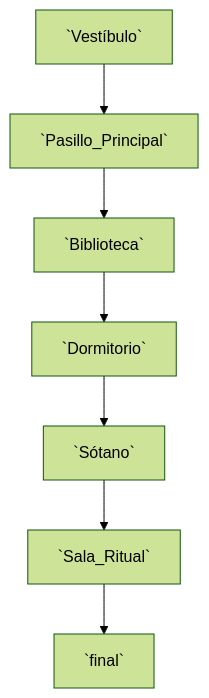
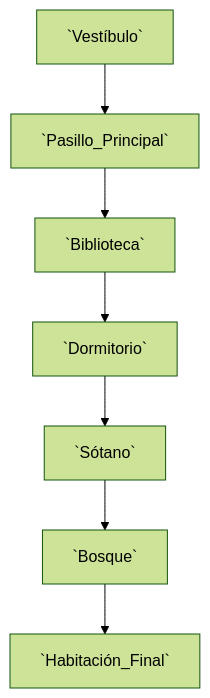
The diagram in Docs/01-Game-Design/Gameplay/Puzzle-Flow.md (LAS1819/gameoff2026-gamejam), drawn with Mermaid (forest theme) before and after one commit. The commit also changed other lines of this file and 22 other files, not shown here.

````diff
--- a/Docs/01-Game-Design/Gameplay/Puzzle-Flow.md
+++ b/Docs/01-Game-Design/Gameplay/Puzzle-Flow.md
@@ -252,9 +249,9 @@
 ```mermaid
 graph TD
     `Vestíbulo` --> `Pasillo_Principal`
     `Pasillo_Principal` --> `Biblioteca`
     `Biblioteca` --> `Dormitorio`
     `Dormitorio` --> `Sótano`
-    `Sótano` --> `Sala_Ritual`
-    `Sala_Ritual` --> `final`
+    `Sótano` --> `Bosque`
+    `Bosque` --> `Habitación_Final`
 ```
````
